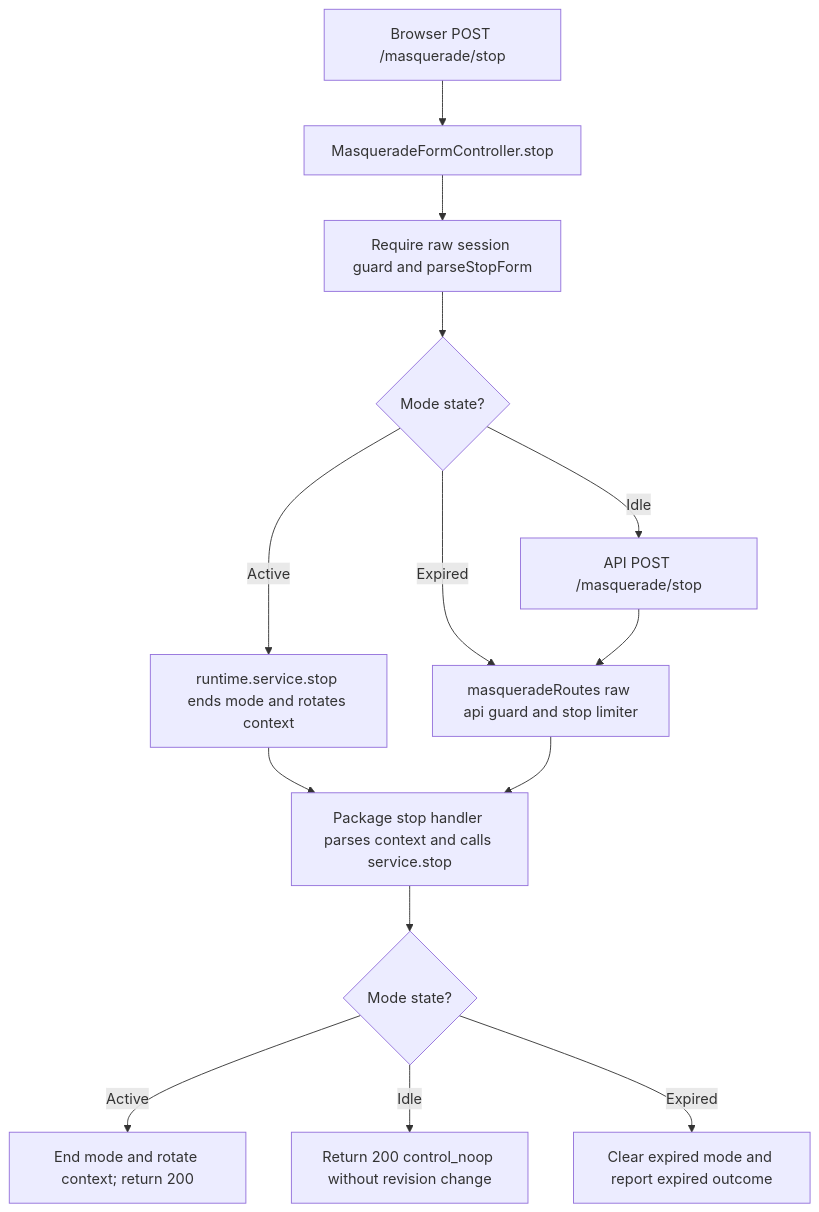
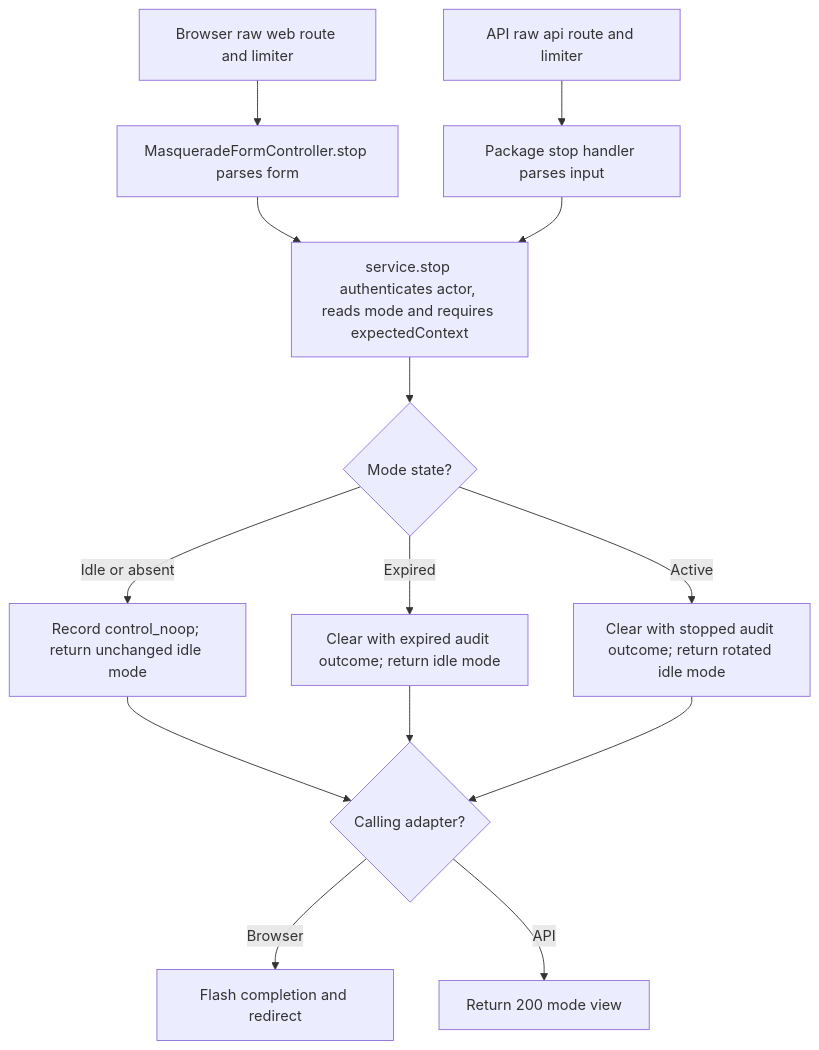
One commit to Kevinjohn/oss-adonisjs-starter-examples changed the second of 2 diagrams in user-stories/support/us-masq-04-stop-support-mode.md. Above: the diagram before and after it, drawn with Mermaid. The commit also changed other lines of this file and 3 other files, not shown here.

````diff
--- a/user-stories/support/us-masq-04-stop-support-mode.md
+++ b/user-stories/support/us-masq-04-stop-support-mode.md
@@ -42,16 +43,16 @@
 ```mermaid
 flowchart TD
-    A["Browser POST /masquerade/stop"] --> B["MasqueradeFormController.stop"]
-    B --> C["Require raw session guard and parseStopForm"]
-    C --> D{"Mode state?"}
-    D -->|Active| E["runtime.service.stop ends mode and rotates context"]
-    D -->|Idle| F["API returns control_noop without a revision change"]
-    D -->|Expired| G["Clear expired mode and return expired outcome"]
-    E --> H["Flash result and redirect to /masquerade/accounts"]
-    F["API POST /masquerade/stop"] --> G["masqueradeRoutes raw api guard and stop limiter"]
-    G --> H["Package stop handler parses context and calls service.stop"]
-    H --> I{"Mode state?"}
-    I -->|Active| J["End mode and rotate context; return 200"]
-    I -->|Idle| K["Return 200 control_noop without revision change"]
-    I -->|Expired| L["Clear expired mode and report expired outcome"]
+    A["Browser raw web route and limiter"] --> B["MasqueradeFormController.stop parses form"]
+    C["API raw api route and limiter"] --> D["Package stop handler parses input"]
+    B --> E["service.stop authenticates actor, reads mode and requires expectedContext"]
+    D --> E
+    E --> F{"Mode state?"}
+    F -->|Idle or absent| G["Record control_noop; return unchanged idle mode"]
+    F -->|Expired| H["Clear with expired audit outcome; return idle mode"]
+    F -->|Active| I["Clear with stopped audit outcome; return rotated idle mode"]
+    G --> J{"Calling adapter?"}
+    H --> J
+    I --> J
+    J -->|Browser| K["Flash completion and redirect"]
+    J -->|API| L["Return 200 mode view"]
 ```
````
